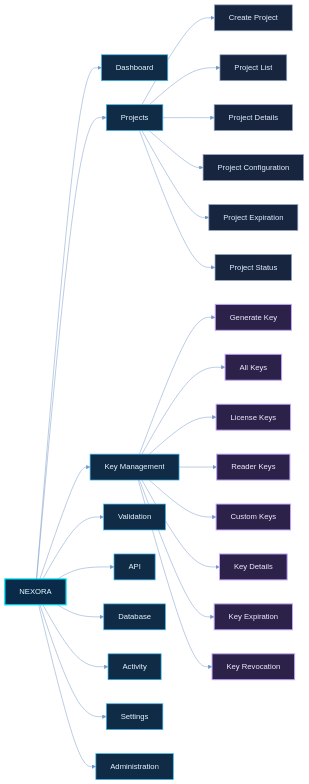
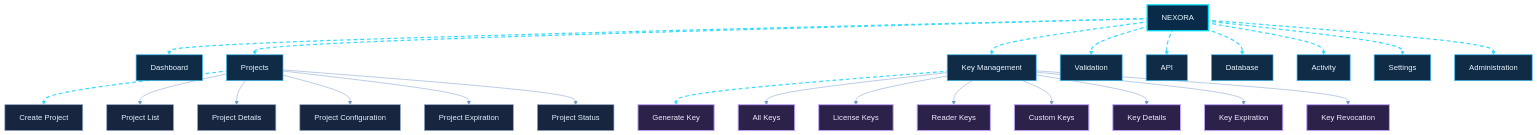
One commit to shajeduzzamanenan992008inc/NexOra-Database-key-Gen changed the fifth of 23 diagrams in README.md. Above: the diagram before and after it, drawn with Mermaid. The commit also changed other lines of this file, not shown here.

````diff
--- a/README.md
+++ b/README.md
@@ -625,47 +629,48 @@
 ```mermaid
 %%{init: {"theme":"base","themeVariables":{"darkMode":true,"background":"#07111f","primaryColor":"#102744","primaryTextColor":"#e8f7ff","primaryBorderColor":"#00d9ff","lineColor":"#7297c8","secondaryColor":"#261d45","secondaryTextColor":"#f3eaff","secondaryBorderColor":"#a78bfa","tertiaryColor":"#12332b","tertiaryTextColor":"#e0fff1","tertiaryBorderColor":"#41e6a2","fontFamily":"Inter, Segoe UI, sans-serif","edgeLabelBackground":"#101d34","mainBkg":"#102744","nodeBorder":"#00d9ff","clusterBkg":"#0b1930","clusterBorder":"#6f7dff","actorBkg":"#102744","actorBorder":"#00d9ff","actorTextColor":"#e8f7ff","signalColor":"#64d8ff","signalTextColor":"#e8f7ff","noteBkgColor":"#0e332b","noteBorderColor":"#41e6a2","noteTextColor":"#e0fff1"}}}%%
-flowchart LR
-    NX["NEXORA"] --> N1["Dashboard"]
-    NX --> N2["Projects"]
-    NX --> N3["Key Management"]
-    NX --> N4["Validation"]
-    NX --> N5["API"]
-    NX --> N6["Database"]
-    NX --> N7["Activity"]
-    NX --> N8["Settings"]
-    NX --> N9["Administration"]
+flowchart TB
+    NX["NEXORA"] nx05e01@--> N1["Dashboard"]
+    NX nx05e02@--> N2["Projects"]
+    NX nx05e03@--> N3["Key Management"]
+    NX nx05e04@--> N4["Validation"]
+    NX nx05e05@--> N5["API"]
+    NX nx05e06@--> N6["Database"]
+    NX nx05e07@--> N7["Activity"]
+    NX nx05e08@--> N8["Settings"]
+    NX nx05e09@--> N9["Administration"]
 
-    N2 --> P1["Create Project"]
+    N2 nx05e10@--> P1["Create Project"]
     N2 --> P2["Project List"]
     N2 --> P3["Project Details"]
     N2 --> P4["Project Configuration"]
     N2 --> P5["Project Expiration"]
     N2 --> P6["Project Status"]
 
-    N3 --> K1["Generate Key"]
+    N3 nx05e11@--> K1["Generate Key"]
     N3 --> K2["All Keys"]
     N3 --> K3["License Keys"]
     N3 --> K4["Reader Keys"]
     N3 --> K5["Custom Keys"]
     N3 --> K6["Key Details"]
     N3 --> K7["Key Expiration"]
     N3 --> K8["Key Revocation"]
 
     %% OMEGA NEX-ORA visual classes
     %% OMEGA NEX-ORA / ULTRA NEON PALETTE
     classDef nxCore fill:#092b49,stroke:#00e5ff,stroke-width:2.5px,color:#e9fbff;
     classDef nxProcess fill:#102b45,stroke:#3dbcf5,stroke-width:1.5px,color:#e9f6ff;
     classDef nxDecision fill:#2b2050,stroke:#b38cff,stroke-width:2px,color:#f3edff;
     classDef nxSuccess fill:#0d3b2c,stroke:#3fffa0,stroke-width:2px,color:#e0fff0;
     classDef nxDanger fill:#451d30,stroke:#ff6688,stroke-width:2px,color:#fff0f3;
     classDef nxData fill:#12352d,stroke:#63e6be,stroke-width:2px,color:#e1fff5;
     classDef nxExternal fill:#2b2149,stroke:#c4a5ff,stroke-width:2px,color:#f3ecff;
     classDef nxInfo fill:#17253e,stroke:#91a7c9,stroke-width:1.5px,color:#e5efff;
     classDef nxWarning fill:#453116,stroke:#fbbf24,stroke-width:2px,color:#fff6d6;
     %% Moving dashed route: Mermaid applies this class to explicitly identified edges.
+    classDef nxAnimated stroke:#35dcff,stroke-width:2.5px,stroke-dasharray:8\,6,stroke-dashoffset:1000,animation:dash 24s linear infinite;
     class NX nxCore;
     class N1,N2,N3,N4,N5,N6,N7,N8,N9 nxProcess;
     class P1,P2,P3,P4,P5,P6 nxInfo;
     class K1,K2,K3,K4,K5,K6,K7,K8 nxExternal;
     class nx05e01,nx05e02,nx05e03,nx05e04,nx05e05,nx05e06,nx05e07,nx05e08,nx05e09,nx05e10,nx05e11 nxAnimated;
 ```
````
